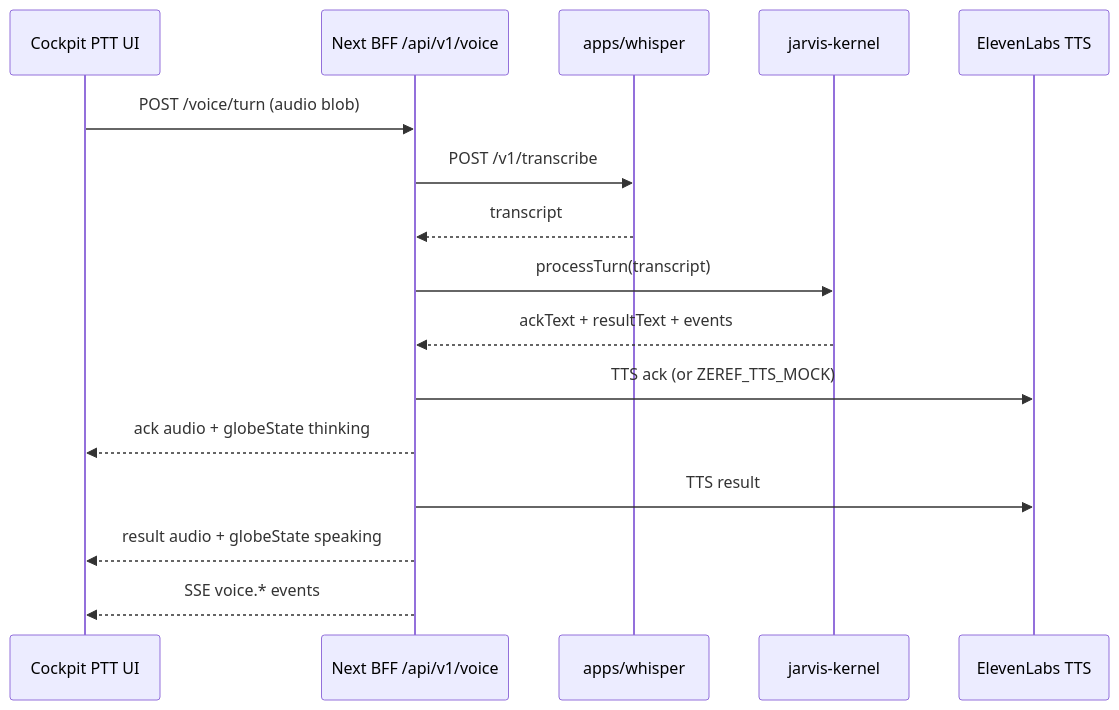
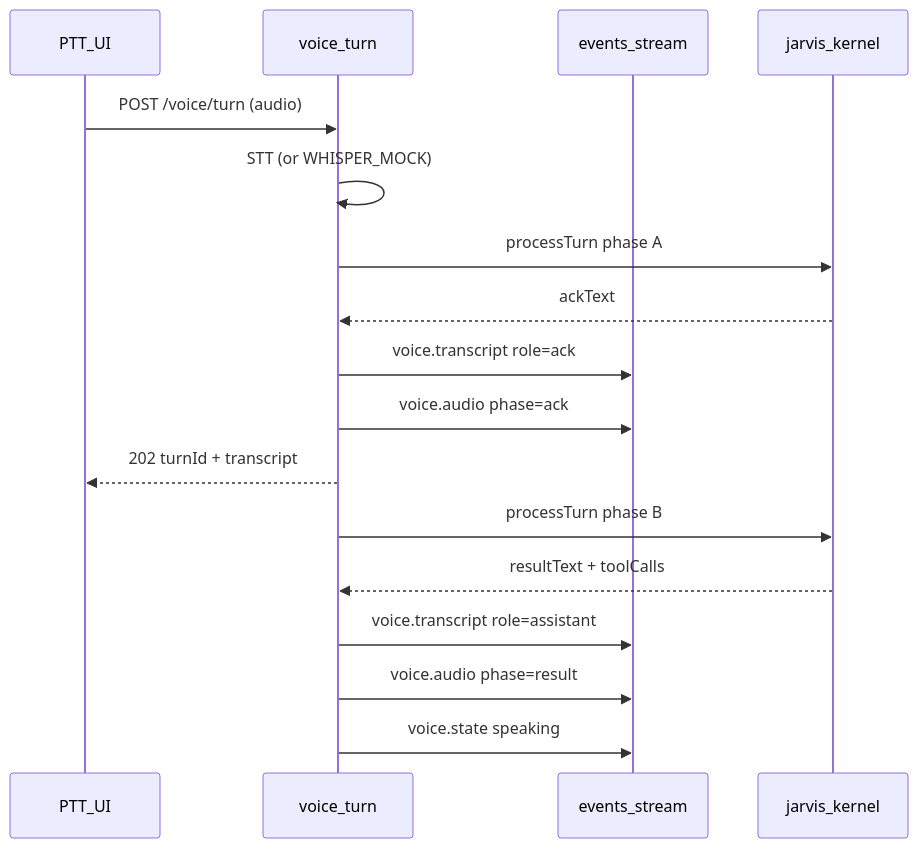
One commit to mohammedumar9919/zeref changed the diagram in docs/governance/phase-6-contract.md. Above: the diagram before and after it, drawn with Mermaid. The commit also changed other lines of this file and 10 other files, not shown here.

First line of the commit message:
Phase 6: Planner sign-off amendments A-D (202+SSE, tools, globe).

````diff
--- a/docs/governance/phase-6-contract.md
+++ b/docs/governance/phase-6-contract.md
@@ -74,19 +54,20 @@
 ```mermaid
 sequenceDiagram
-  participant UI as Cockpit PTT UI
-  participant BFF as Next BFF /api/v1/voice
-  participant W as apps/whisper
-  participant K as jarvis-kernel
-  participant T as ElevenLabs TTS
+  participant UI as PTT_UI
+  participant BFF as voice_turn
+  participant SSE as events_stream
+  participant K as jarvis_kernel
 
-  UI->>BFF: POST /voice/turn (audio blob)
-  BFF->>W: POST /v1/transcribe
-  W-->>BFF: transcript
-  BFF->>K: processTurn(transcript)
-  K-->>BFF: ackText + resultText + events
-  BFF->>T: TTS ack (or ZEREF_TTS_MOCK)
-  BFF-->>UI: ack audio + globeState thinking
-  BFF->>T: TTS result
-  BFF-->>UI: result audio + globeState speaking
-  BFF-->>UI: SSE voice.* events
+  UI->>BFF: POST /voice/turn (audio)
+  BFF->>BFF: STT (or WHISPER_MOCK)
+  BFF->>K: processTurn phase A
+  K-->>BFF: ackText
+  BFF->>SSE: voice.transcript role=ack
+  BFF->>SSE: voice.audio phase=ack
+  BFF-->>UI: 202 turnId + transcript
+  BFF->>K: processTurn phase B
+  K-->>BFF: resultText + toolCalls
+  BFF->>SSE: voice.transcript role=assistant
+  BFF->>SSE: voice.audio phase=result
+  BFF->>SSE: voice.state speaking
 ```
````
